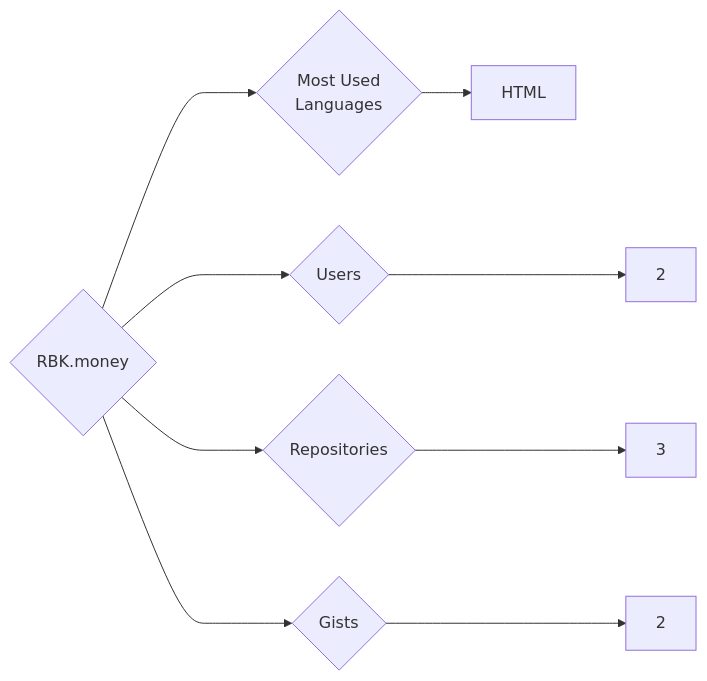
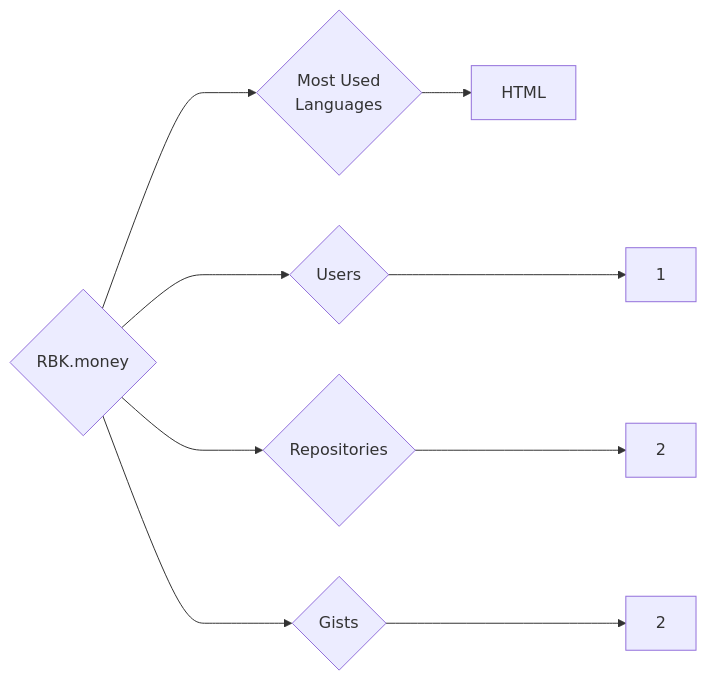
Before and after one commit to trickest/insiders: the diagram in targets/RBK.money/README.md, drawn with Mermaid. The commit also changed 964 other files, not shown here.

````diff
--- a/targets/RBK.money/README.md
+++ b/targets/RBK.money/README.md
@@ -3,9 +3,9 @@
 ```mermaid
 graph LR
 COMPANY_NAME{RBK.money}
-COMPANY_NAME ---> U{Users} ---> UN[2]
-COMPANY_NAME ---> R{Repositories} ---> RN[3]
+COMPANY_NAME ---> U{Users} ---> UN[1]
+COMPANY_NAME ---> R{Repositories} ---> RN[2]
 COMPANY_NAME ---> G{Gists} ---> GN[2]
 COMPANY_NAME ---> ML{Most Used<br>Languages}
 ML --> HTML[HTML]
 ```
````
